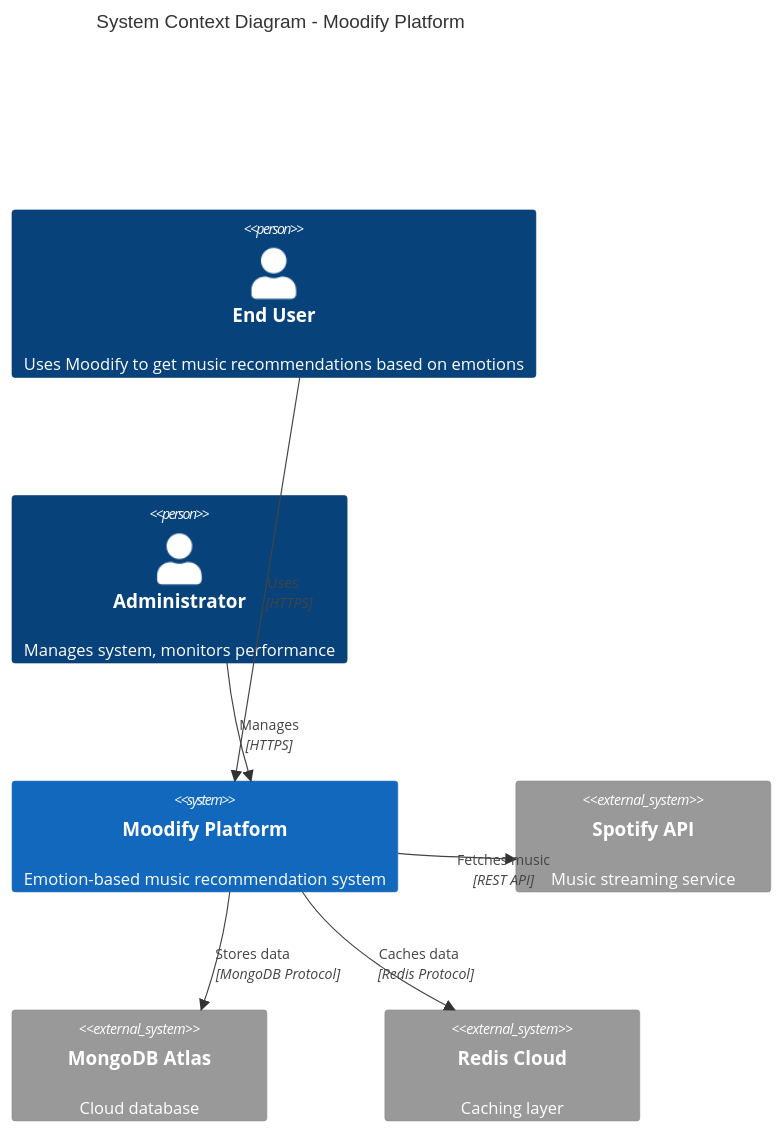
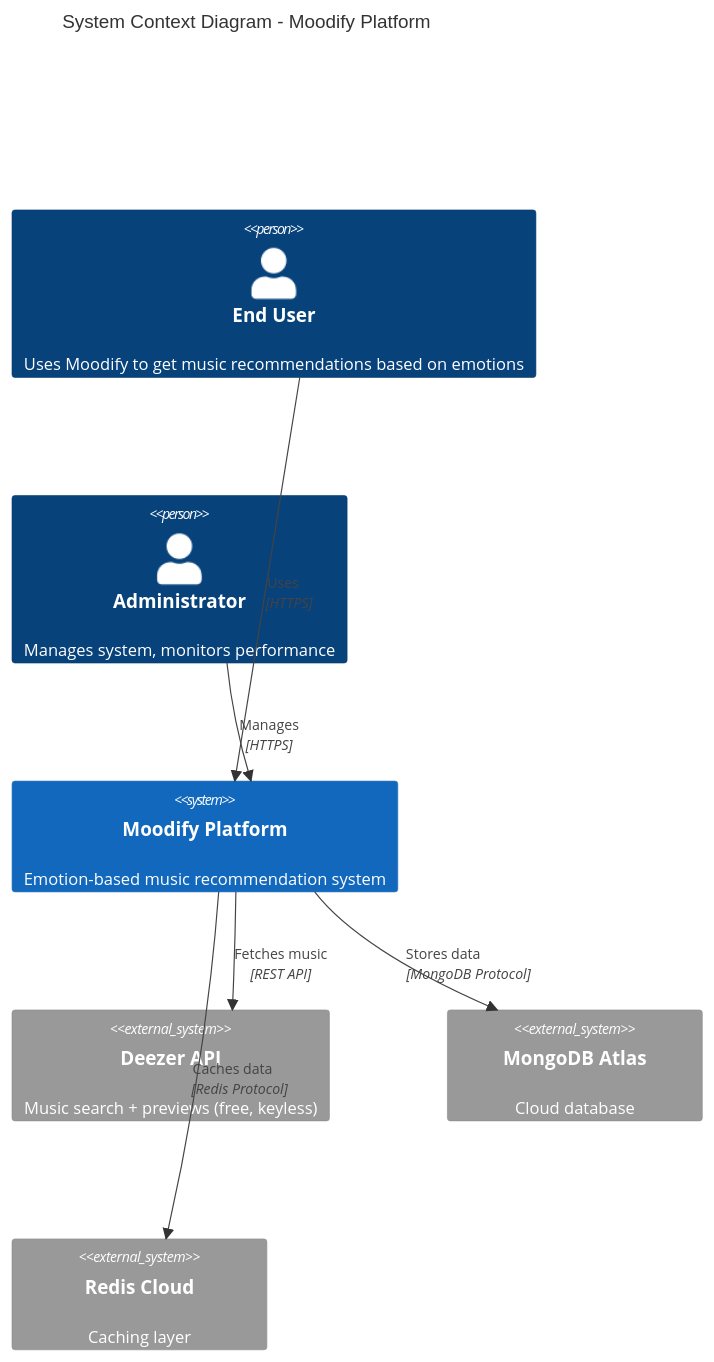
Before and after one commit to hoangsonww/Moodify-Emotion-Music-App: the first of 17 diagrams in ARCHITECTURE.md, drawn with Mermaid. The commit also changed other lines of this file and 4 other files, not shown here.

````diff
--- a/ARCHITECTURE.md
+++ b/ARCHITECTURE.md
@@ -38,19 +38,19 @@
 ```mermaid
 C4Context
     title System Context Diagram - Moodify Platform
 
     Person(user, "End User", "Uses Moodify to get music recommendations based on emotions")
     Person(admin, "Administrator", "Manages system, monitors performance")
 
     System(moodify, "Moodify Platform", "Emotion-based music recommendation system")
 
-    System_Ext(spotify, "Spotify API", "Music streaming service")
+    System_Ext(deezer, "Deezer API", "Music search + previews (free, keyless)")
     System_Ext(mongodb, "MongoDB Atlas", "Cloud database")
     System_Ext(redis, "Redis Cloud", "Caching layer")
 
     Rel(user, moodify, "Uses", "HTTPS")
     Rel(admin, moodify, "Manages", "HTTPS")
-    Rel(moodify, spotify, "Fetches music", "REST API")
+    Rel(moodify, deezer, "Fetches music", "REST API")
     Rel(moodify, mongodb, "Stores data", "MongoDB Protocol")
     Rel(moodify, redis, "Caches data", "Redis Protocol")
 ```
````
